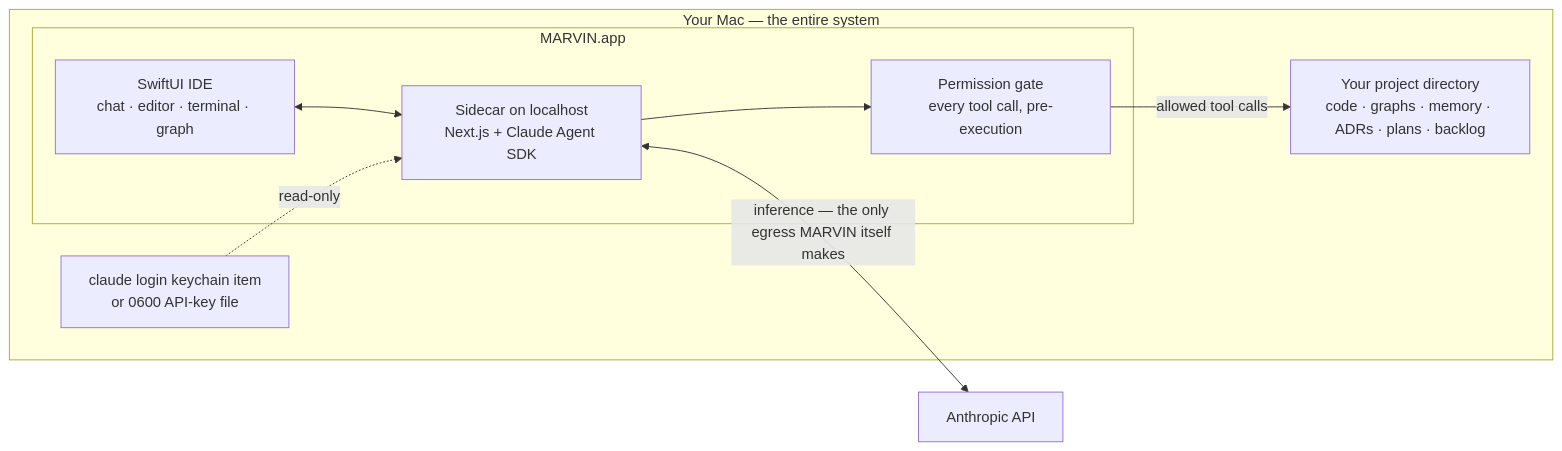
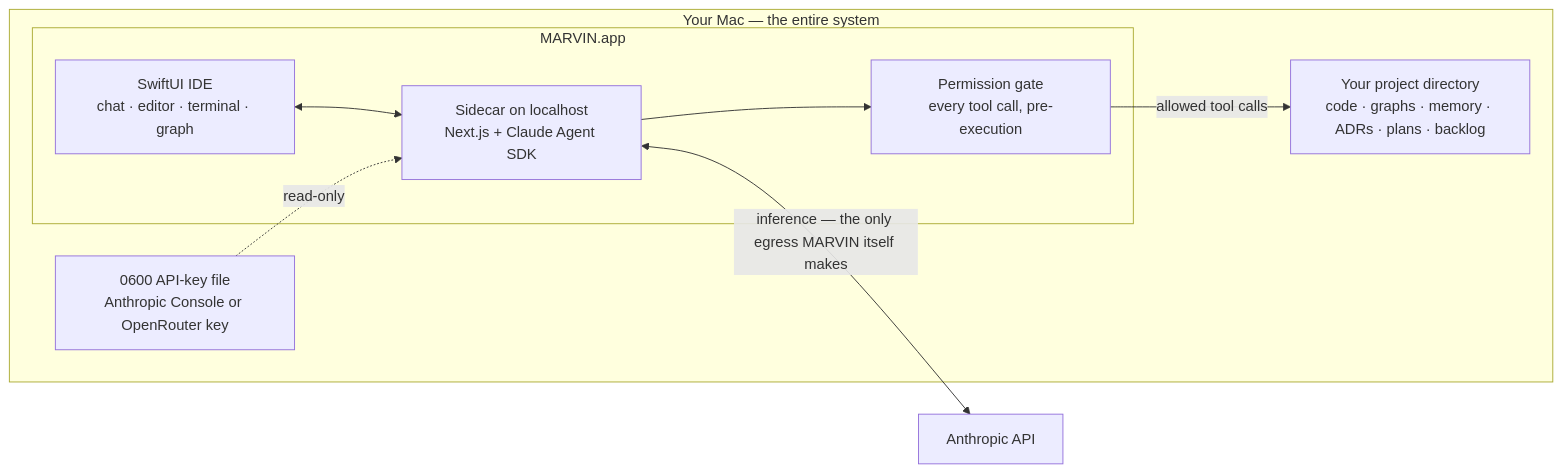
The second of 5 diagrams in docs/whitepaper/WHITEPAPER.md (RobertIlisei/MARVIN), drawn with Mermaid before and after one commit. The commit also changed other lines of this file and 13 other files, not shown here.

First line of the commit message:
docs: API keys are the credential; Claude.ai subscription login is not supported

````diff
--- a/docs/whitepaper/WHITEPAPER.md
+++ b/docs/whitepaper/WHITEPAPER.md
@@ -211,18 +210,18 @@
 ```mermaid
 flowchart LR
   subgraph mac["Your Mac — the entire system"]
     subgraph app["MARVIN.app"]
       ui["SwiftUI IDE<br/>chat · editor · terminal · graph"]
       sidecar["Sidecar on localhost<br/>Next.js + Claude Agent SDK"]
       gate["Permission gate<br/>every tool call, pre-execution"]
     end
     proj["Your project directory<br/>code · graphs · memory · ADRs · plans · backlog"]
-    cred["claude login keychain item<br/>or 0600 API-key file"]
+    cred["0600 API-key file<br/>Anthropic Console or OpenRouter key"]
     ui <--> sidecar
     sidecar --> gate
     gate -->|"allowed tool calls"| proj
     cred -.->|"read-only"| sidecar
   end
   anthropic["Anthropic API"]
   sidecar <-->|"inference — the only egress MARVIN itself makes"| anthropic
 ```
````
